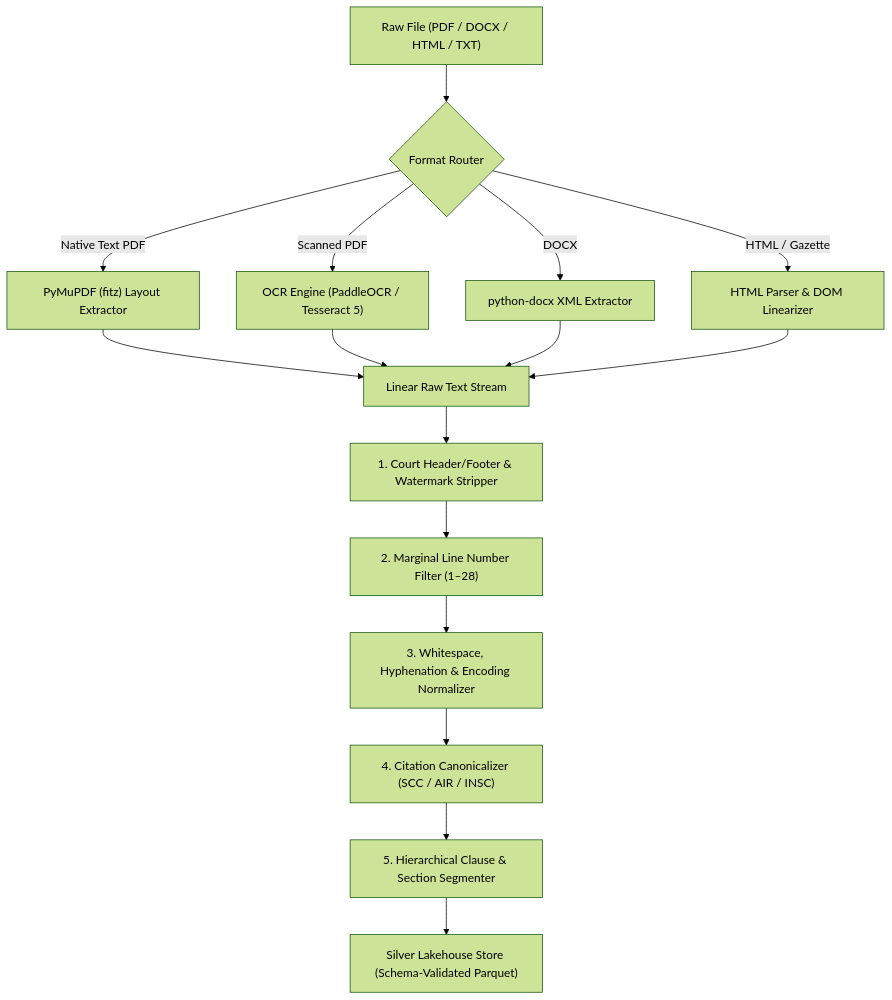
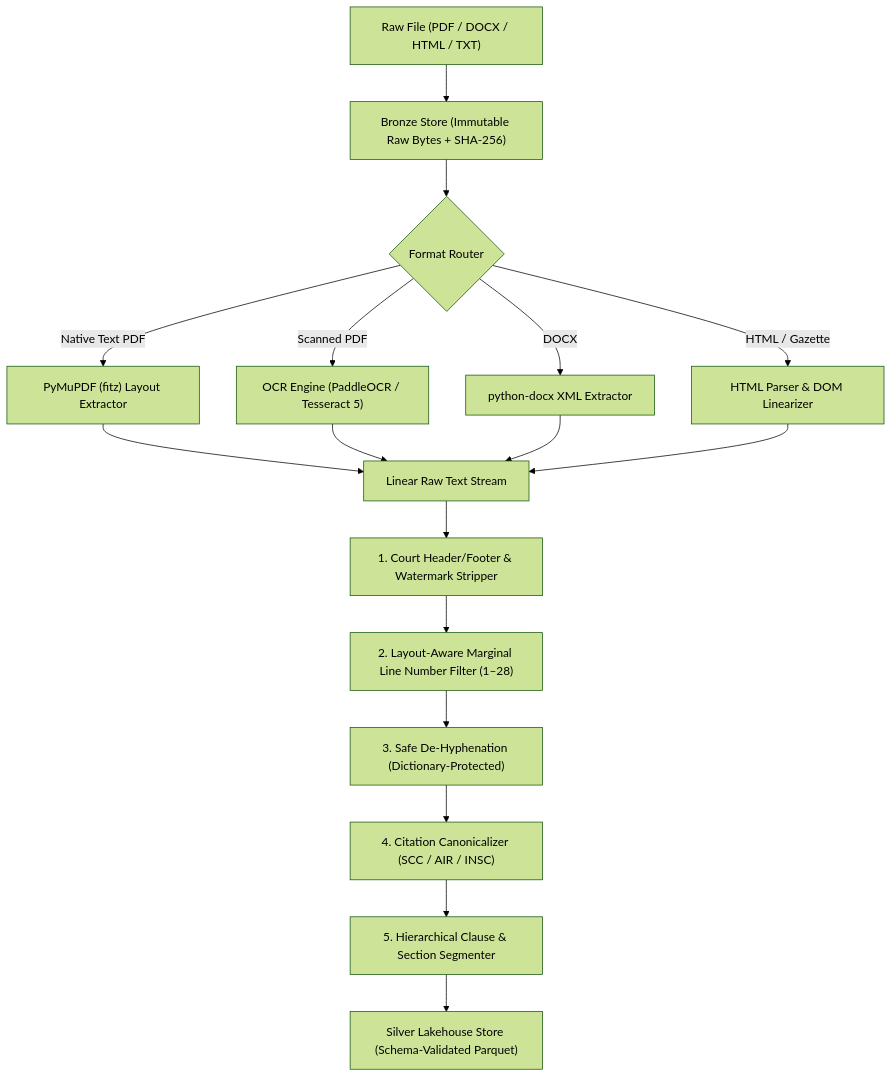
The first of 2 diagrams in 09_DATA_PREPROCESSING_PIPELINE.md (Yatharthnagpal/review), drawn with Mermaid (forest theme) before and after one commit. The commit also changed other lines of this file and 18 other files, not shown here.

````diff
--- a/09_DATA_PREPROCESSING_PIPELINE.md
+++ b/09_DATA_PREPROCESSING_PIPELINE.md
@@ -20,19 +21,21 @@
 ```mermaid
 flowchart TD
-    RawFile["Raw File (PDF / DOCX / HTML / TXT)"] --> FormatRouter{"Format Router"}
+    RawFile["Raw File (PDF / DOCX / HTML / TXT)"] --> BronzeStore["Bronze Store (Immutable Raw Bytes + SHA-256)"]
+    
+    BronzeStore --> FormatRouter{"Format Router"}
     
     FormatRouter -->|"Native Text PDF"| PyMuPDF["PyMuPDF (fitz) Layout Extractor"]
     FormatRouter -->|"Scanned PDF"| OCR["OCR Engine (PaddleOCR / Tesseract 5)"]
     FormatRouter -->|"DOCX"| DocxParser["python-docx XML Extractor"]
     FormatRouter -->|"HTML / Gazette"| BS4["HTML Parser & DOM Linearizer"]
 
     PyMuPDF & OCR & DocxParser & BS4 --> CleanStream["Linear Raw Text Stream"]
 
     CleanStream --> Clean1["1. Court Header/Footer & Watermark Stripper"]
-    Clean1 --> Clean2["2. Marginal Line Number Filter (1–28)"]
-    Clean2 --> Clean3["3. Whitespace, Hyphenation & Encoding Normalizer"]
+    Clean1 --> Clean2["2. Layout-Aware Marginal Line Number Filter (1–28)"]
+    Clean2 --> Clean3["3. Safe De-Hyphenation (Dictionary-Protected)"]
     Clean3 --> Clean4["4. Citation Canonicalizer (SCC / AIR / INSC)"]
     Clean4 --> Clean5["5. Hierarchical Clause & Section Segmenter"]
     
     Clean5 --> SilverOutput["Silver Lakehouse Store (Schema-Validated Parquet)"]
 ```
````
